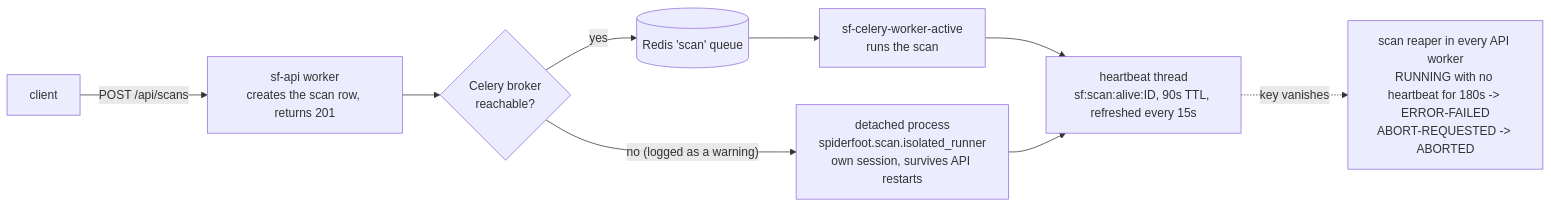
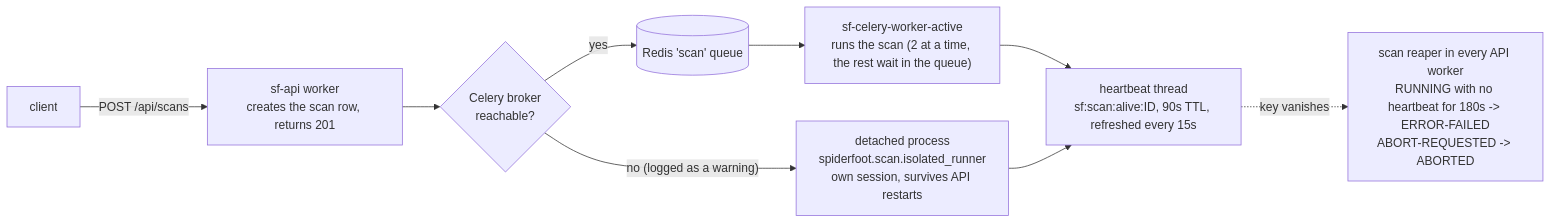
The second of 3 diagrams in README.md (Braedach/spiderfoot), drawn with Mermaid before and after one commit. The commit also changed other lines of this file, not shown here.

Commit message:
docs: README for rc.31 - indexing/AI report diagram, scan queue and DNS notes, UI changes

````diff
--- a/README.md
+++ b/README.md
@@ -91,10 +93,10 @@
 ```mermaid
 flowchart LR
     C["client"] -->|"POST /api/scans"| A["sf-api worker<br/>creates the scan row, returns 201"]
     A --> D{"Celery broker<br/>reachable?"}
-    D -->|yes| Q[("Redis 'scan' queue")] --> W["sf-celery-worker-active<br/>runs the scan"]
+    D -->|yes| Q[("Redis 'scan' queue")] --> W["sf-celery-worker-active<br/>runs the scan (2 at a time, the rest wait in the queue)"]
     D -->|"no (logged as a warning)"| R["detached process<br/>spiderfoot.scan.isolated_runner<br/>own session, survives API restarts"]
     W --> H["heartbeat thread<br/>sf:scan:alive:ID, 90s TTL, refreshed every 15s"]
     R --> H
     H -.->|key vanishes| X["scan reaper in every API worker<br/>RUNNING with no heartbeat for 180s -> ERROR-FAILED<br/>ABORT-REQUESTED -> ABORTED"]
 ```
````
